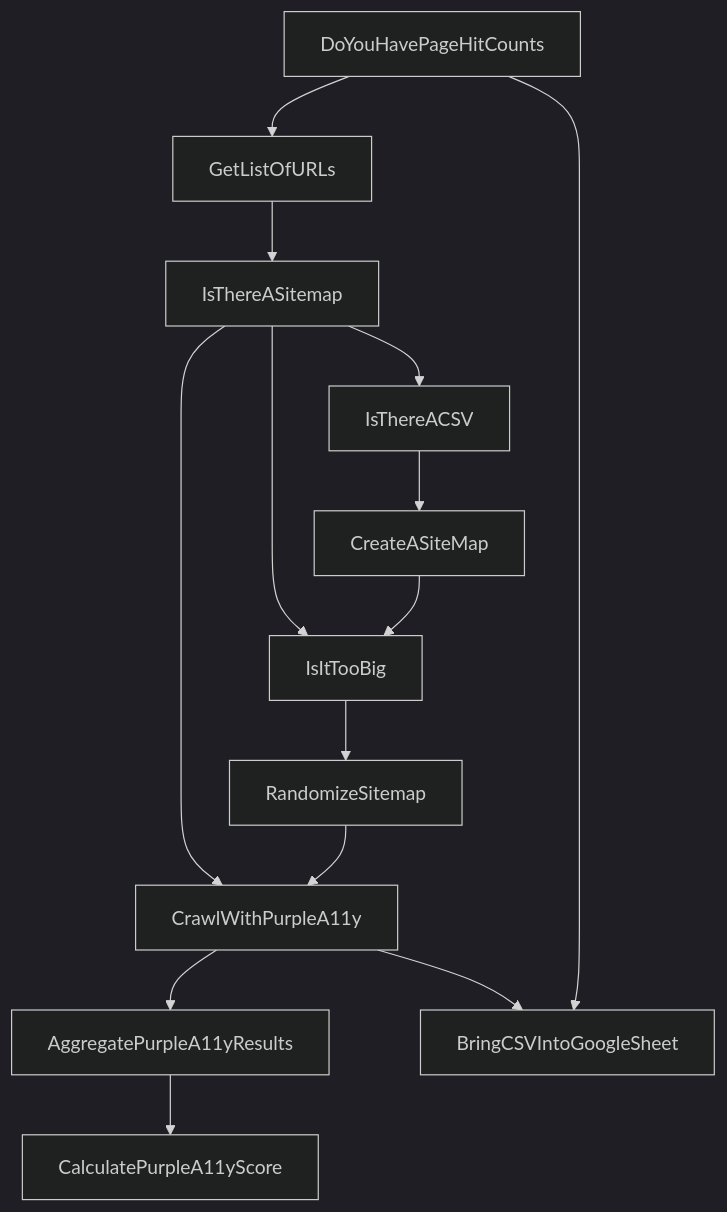
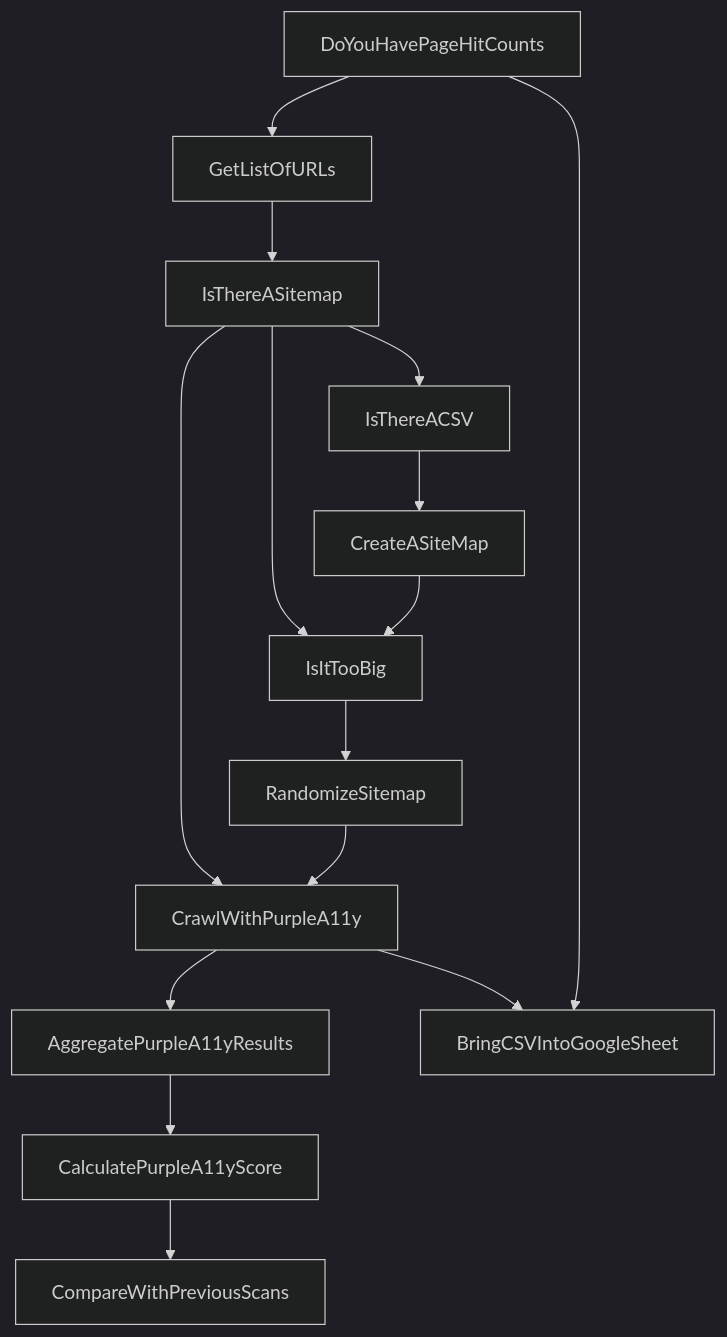
Before and after one commit to mgifford/purple-a11y: the diagram in sitemap-tools/decision-tree.md, drawn with Mermaid (dark theme).

````diff
--- a/sitemap-tools/decision-tree.md
+++ b/sitemap-tools/decision-tree.md
@@ -3,16 +3,17 @@
 ```mermaid
 graph TD;
     DoYouHavePageHitCounts-->GetListOfURLs;
     IsThereASitemap-->IsThereACSV;
     GetListOfURLs-->IsThereASitemap;
     IsThereACSV-->CreateASiteMap;
     IsThereASitemap-->CrawlWithPurpleA11y;
     IsThereASitemap-->IsItTooBig;
     CreateASiteMap-->IsItTooBig;
     IsItTooBig-->RandomizeSitemap;
     RandomizeSitemap-->CrawlWithPurpleA11y;
     CrawlWithPurpleA11y-->AggregatePurpleA11yResults;
     AggregatePurpleA11yResults-->CalculatePurpleA11yScore;
     CrawlWithPurpleA11y-->BringCSVIntoGoogleSheet;
     DoYouHavePageHitCounts-->BringCSVIntoGoogleSheet;
+    CalculatePurpleA11yScore-->CompareWithPreviousScans;
 ```
````
